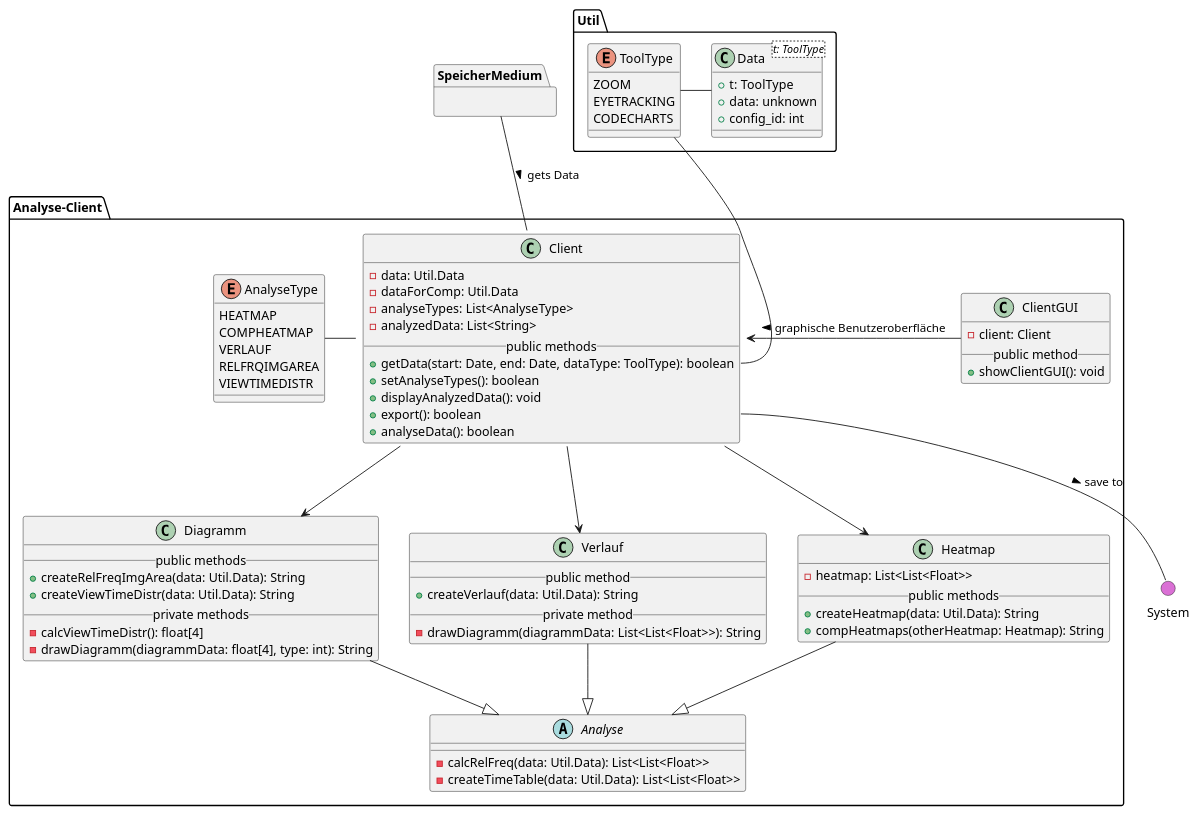
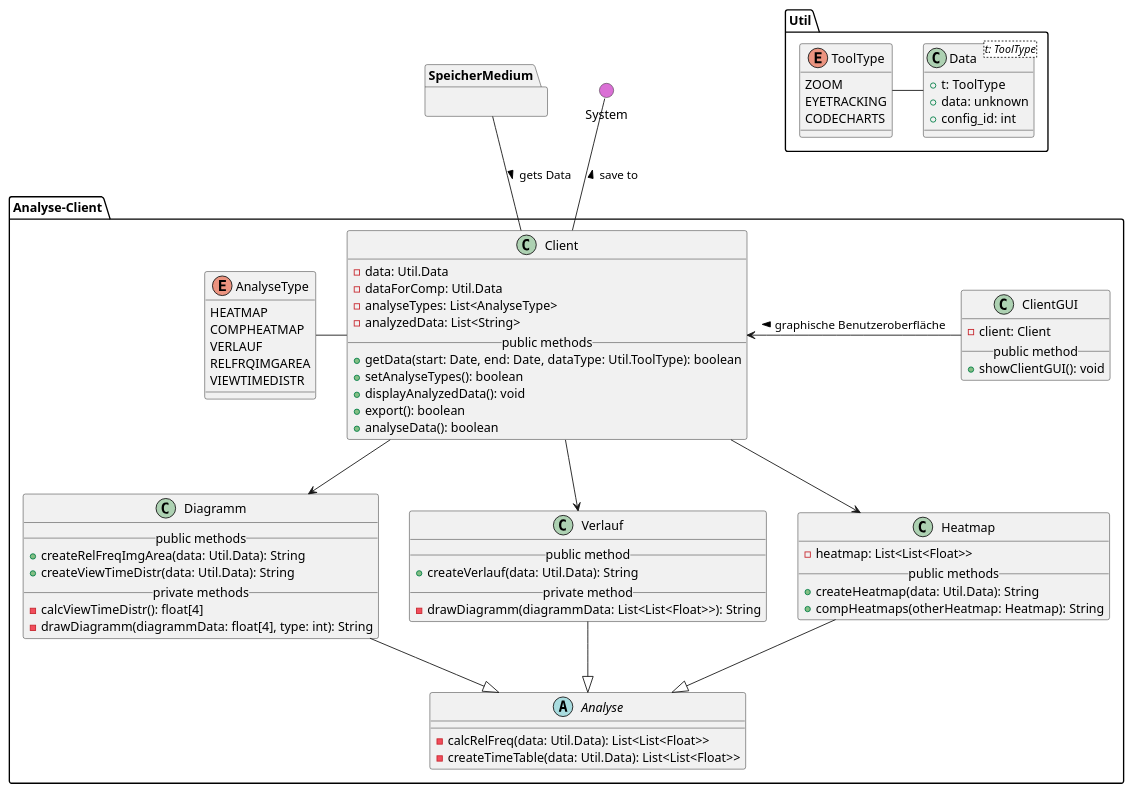
One commit to weichware10/meilensteine changed the diagram in meilenstein_03/uml-analyse-client/analyseclient.puml. Above: the diagram before and after it, drawn with PlantUML.

Commit message:
Formatierung und Util.ToolType

```diff
--- a/meilenstein_03/uml-analyse-client/analyseclient.puml
+++ b/meilenstein_03/uml-analyse-client/analyseclient.puml
@@ -1,112 +1,111 @@
 @startuml analyseclient
 
 ' === ANALYSE CLIENT ===
 package Analyse-Client{
-  
-  ' Client
-  class Client {
-    - data: Util.Data
-    - dataForComp: Util.Data
-    - analyseTypes: List<AnalyseType>
-    - analyzedData: List<String>
-    __public methods__
-    + getData(start: Date, end: Date, dataType: ToolType): boolean
-    + setAnalyseTypes(): boolean
-    + displayAnalyzedData(): void
-    + export(): boolean
-    + analyseData(): boolean
-  }
 
-  ' Analyse
-  abstract Analyse {
-    - calcRelFreq(data: Util.Data): List<List<Float>>
-    - createTimeTable(data: Util.Data): List<List<Float>>
-  }
+    ' Client
+    class Client {
+        - data: Util.Data
+        - dataForComp: Util.Data
+        - analyseTypes: List<AnalyseType>
+        - analyzedData: List<String>
+        __public methods__
+        + getData(start: Date, end: Date, dataType: Util.ToolType): boolean
+        + setAnalyseTypes(): boolean
+        + displayAnalyzedData(): void
+        + export(): boolean
+        + analyseData(): boolean
+    }
 
-  ' Heatmap
-  class Heatmap {
-    - heatmap: List<List<Float>>
-    __public methods__
-    + createHeatmap(data: Util.Data): String
-    + compHeatmaps(otherHeatmap: Heatmap): String
-  }
+    ' Analyse
+    abstract Analyse {
+        - calcRelFreq(data: Util.Data): List<List<Float>>
+        - createTimeTable(data: Util.Data): List<List<Float>>
+    }
 
-  ' Verlauf
-  class Verlauf {
-    __public method__
-    + createVerlauf(data: Util.Data): String
-    __private method__
-    - drawDiagramm(diagrammData: List<List<Float>>): String
-  }
+    ' Heatmap
+    class Heatmap {
+        - heatmap: List<List<Float>>
+        __public methods__
+        + createHeatmap(data: Util.Data): String
+        + compHeatmaps(otherHeatmap: Heatmap): String
+    }
 
-  ' Diagramm
-  class Diagramm {
-    __public methods__
-    + createRelFreqImgArea(data: Util.Data): String
-    + createViewTimeDistr(data: Util.Data): String
-    __private methods__
-    - calcViewTimeDistr(): float[4]
-    - drawDiagramm(diagrammData: float[4], type: int): String
-  }
+    ' Verlauf
+    class Verlauf {
+        __public method__
+        + createVerlauf(data: Util.Data): String
+        __private method__
+        - drawDiagramm(diagrammData: List<List<Float>>): String
+    }
 
-  ' Type
-  enum AnalyseType {
-    HEATMAP
-    COMPHEATMAP
-    VERLAUF
-    RELFRQIMGAREA
-    VIEWTIMEDISTR
-  }
+    ' Diagramm
+    class Diagramm {
+        __public methods__
+        + createRelFreqImgArea(data: Util.Data): String
+        + createViewTimeDistr(data: Util.Data): String
+        __private methods__
+        - calcViewTimeDistr(): float[4]
+        - drawDiagramm(diagrammData: float[4], type: int): String
+    }
 
-  ' ClientGUI
-  class ClientGUI {
-    - client: Client
-    __public method__
-    + showClientGUI(): void
-  }
+    ' Type
+    enum AnalyseType {
+        HEATMAP
+        COMPHEATMAP
+        VERLAUF
+        RELFRQIMGAREA
+        VIEWTIMEDISTR
+    }
 
-  ' Vererbung
-  Analyse <|-u- Heatmap
-  Analyse <|-u- Verlauf
-  Analyse <|-u- Diagramm
+    ' ClientGUI
+    class ClientGUI {
+        - client: Client
+        __public method__
+        + showClientGUI(): void
+    }
 
-  ' Interaktionen
-  Client -d-> Heatmap 
-  Client -d-> Verlauf
-  Client -d-> Diagramm
-  Client -l- AnalyseType
-  Client <-r- ClientGUI : < graphische Benutzeroberfläche
+    ' Vererbung
+    Analyse <|-u- Heatmap
+    Analyse <|-u- Verlauf
+    Analyse <|-u- Diagramm
+
+    ' Interaktionen
+    Client -d-> Heatmap
+    Client -d-> Verlauf
+    Client -d-> Diagramm
+    Client -l- AnalyseType
+    Client <-r- ClientGUI : < graphische Benutzeroberfläche
 
 }
 
 ' Blackbox
 package SpeicherMedium {}
 
 package Util {
-  
-  ' Typen der erhobenen Daten
-  enum ToolType {
-    ZOOM
-    EYETRACKING
-    CODECHARTS
-  }
 
-  ' Daten
-  class Data<t: ToolType> {
-    + t: ToolType
-    + data: unknown
-    + config_id: int
-  }
+    ' Typen der erhobenen Daten
+    enum ToolType {
+        ZOOM
+        EYETRACKING
+        CODECHARTS
+    }
 
-  ' Interaktionen
-  Data -l- ToolType
+    ' Daten
+    class Data<t: ToolType> {
+        + t: ToolType
+        + data: unknown
+        + config_id: int
+    }
+
+    ' Interaktionen
+    Data -l- ToolType
 }
 
 () System #DA70D5
 
 ' Interaktionen
-Client::getData -u- ToolType
-Client::export -- System: > save to
+Client -u- System: > save to
 Client -u- SpeicherMedium : < gets Data
 
 @enduml
```
